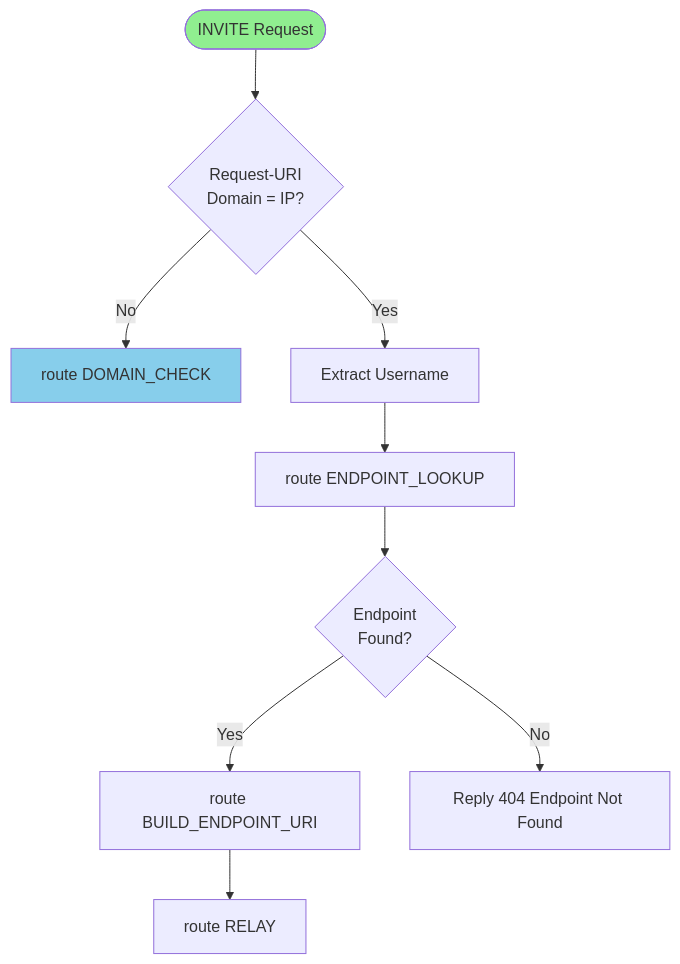
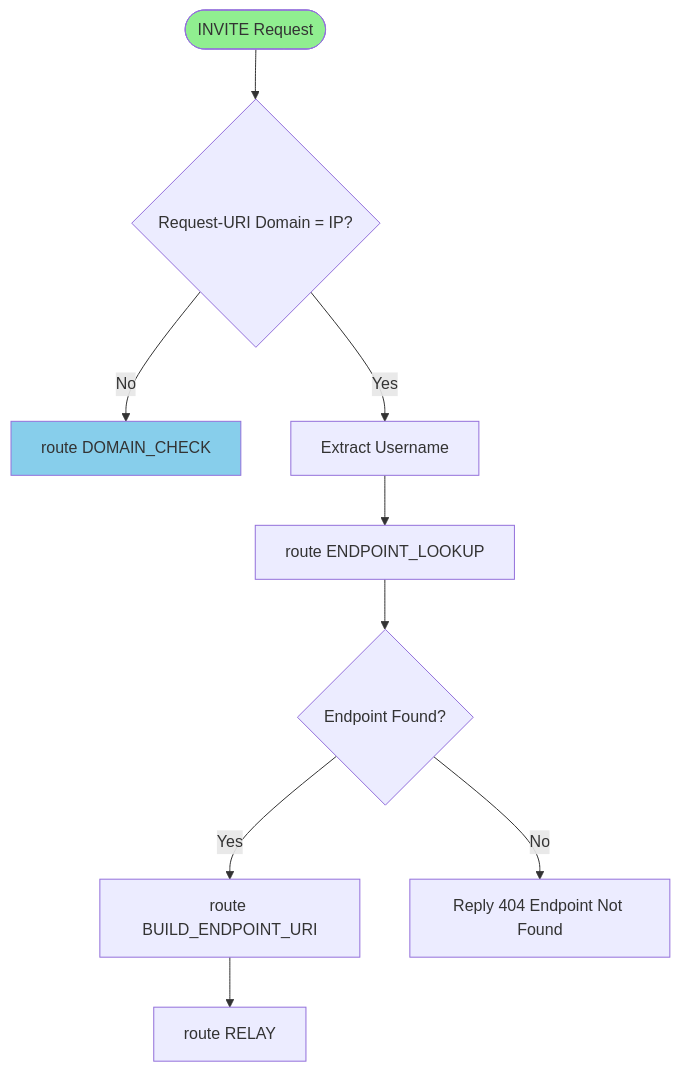
Before and after one commit to aelintra/pbx3sbc: diagram 13 of 13 in docs/OPENSIPS-LOGIC-DIAGRAM.md, drawn with Mermaid. The commit also changed other lines of this file, not shown here.

First line of the commit message:
Fix Mermaid diagram syntax: Remove unsupported HTML tags

````diff
--- a/docs/OPENSIPS-LOGIC-DIAGRAM.md
+++ b/docs/OPENSIPS-LOGIC-DIAGRAM.md
@@ -339,14 +339,14 @@
 ```mermaid
 flowchart TD
-    Start([INVITE Request]) --> CheckEndpointIP{Request-URI<br/>Domain = IP?}
+    Start([INVITE Request]) --> CheckEndpointIP{Request-URI Domain = IP?}
     CheckEndpointIP -->|No| RouteDomainCheck[route DOMAIN_CHECK]
     CheckEndpointIP -->|Yes| ExtractUser[Extract Username]
     ExtractUser --> LookupEndpoint[route ENDPOINT_LOOKUP]
-    LookupEndpoint --> Found{Endpoint<br/>Found?}
+    LookupEndpoint --> Found{Endpoint Found?}
     Found -->|Yes| BuildURI[route BUILD_ENDPOINT_URI]
     Found -->|No| Reply404[Reply 404 Endpoint Not Found]
     BuildURI --> Relay[route RELAY]
     
     style Start fill:#90EE90
     style RouteDomainCheck fill:#87CEEB
 ```
````
